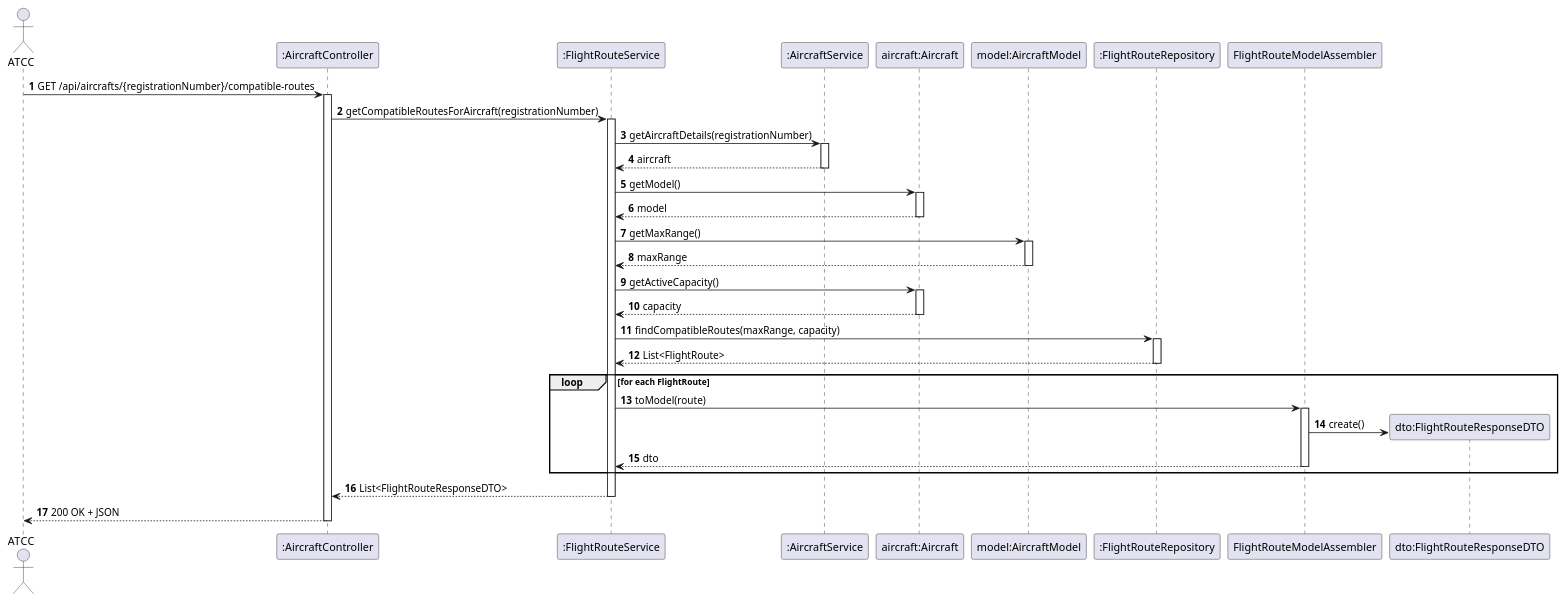
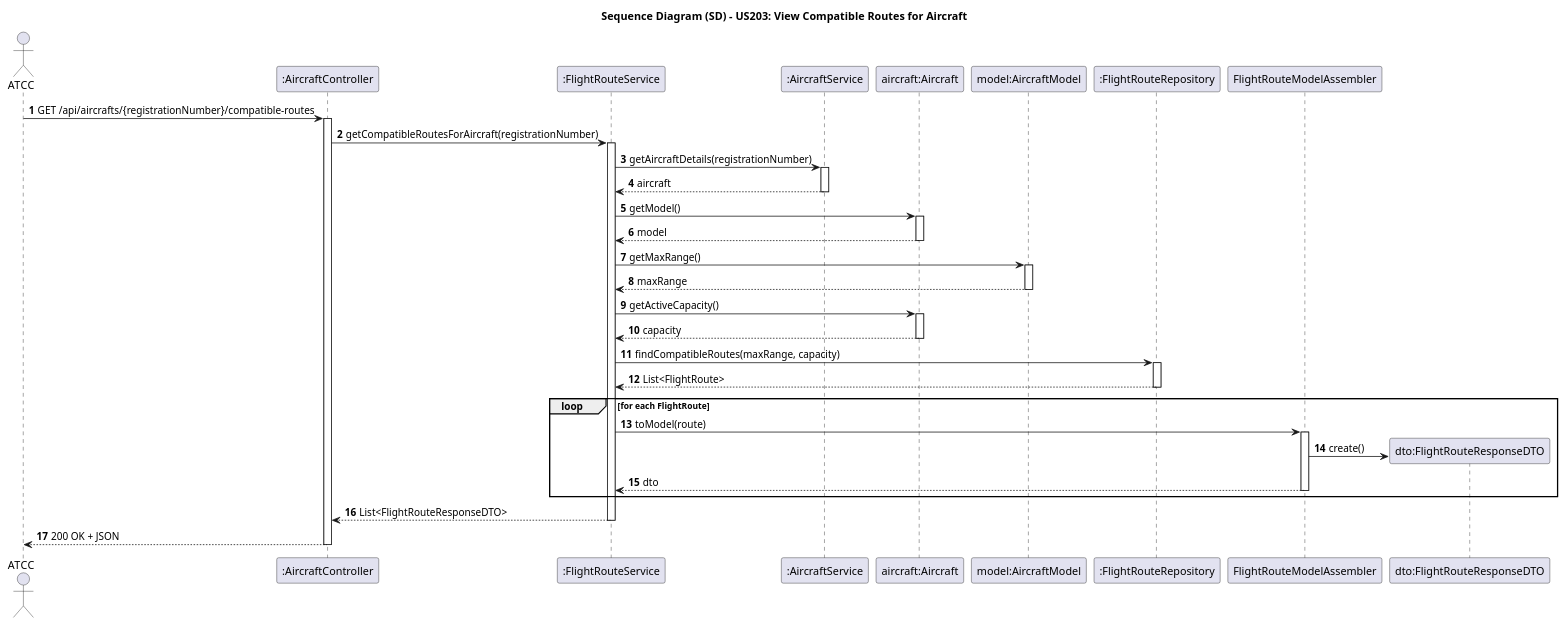
One commit to Andre-1240567/psoft2026_2DB_1240567_1241013_1240624 changed the diagram in docs/use-cases/WP#1B/US203/puml/US203-SD.puml. Above: the diagram before and after it, drawn with PlantUML. The commit also changed 28 other files, not shown here.

```diff
--- a/docs/use-cases/WP#1B/US203/puml/US203-SD.puml
+++ b/docs/use-cases/WP#1B/US203/puml/US203-SD.puml
@@ -1,59 +1,61 @@
-@startuml
+@startuml US203-SD
 autonumber
+title Sequence Diagram (SD) - US203: View Compatible Routes for Aircraft
+
 
 actor "ATCC" as ATCC
 participant ":AircraftController" as Controller
 participant ":FlightRouteService" as RouteService
 participant ":AircraftService" as AircraftService
 participant "aircraft:Aircraft" as Aircraft
 participant "model:AircraftModel" as AircraftModel
 participant ":FlightRouteRepository" as RouteRepo
 participant "FlightRouteModelAssembler" as Assembler
 participant "dto:FlightRouteResponseDTO" as DTO
 
 ATCC -> Controller: GET /api/aircrafts/{registrationNumber}/compatible-routes
 activate Controller
 
 Controller -> RouteService: getCompatibleRoutesForAircraft(registrationNumber)
 activate RouteService
 
 RouteService -> AircraftService: getAircraftDetails(registrationNumber)
 activate AircraftService
 AircraftService --> RouteService: aircraft
 deactivate AircraftService
 
 RouteService -> Aircraft: getModel()
 activate Aircraft
 Aircraft --> RouteService: model
 deactivate Aircraft
 
 RouteService -> AircraftModel: getMaxRange()
 activate AircraftModel
 AircraftModel --> RouteService: maxRange
 deactivate AircraftModel
 
 RouteService -> Aircraft: getActiveCapacity()
 activate Aircraft
 Aircraft --> RouteService: capacity
 deactivate Aircraft
 
 RouteService -> RouteRepo: findCompatibleRoutes(maxRange, capacity)
 activate RouteRepo
 RouteRepo --> RouteService: List<FlightRoute>
 deactivate RouteRepo
 
 loop for each FlightRoute
     RouteService -> Assembler: toModel(route)
     activate Assembler
     Assembler -> DTO**: create()
     Assembler --> RouteService: dto
     deactivate Assembler
 end
 
 RouteService --> Controller: List<FlightRouteResponseDTO>
 deactivate RouteService
 
 Controller --> ATCC: 200 OK + JSON
 deactivate Controller
 
 @enduml
```
